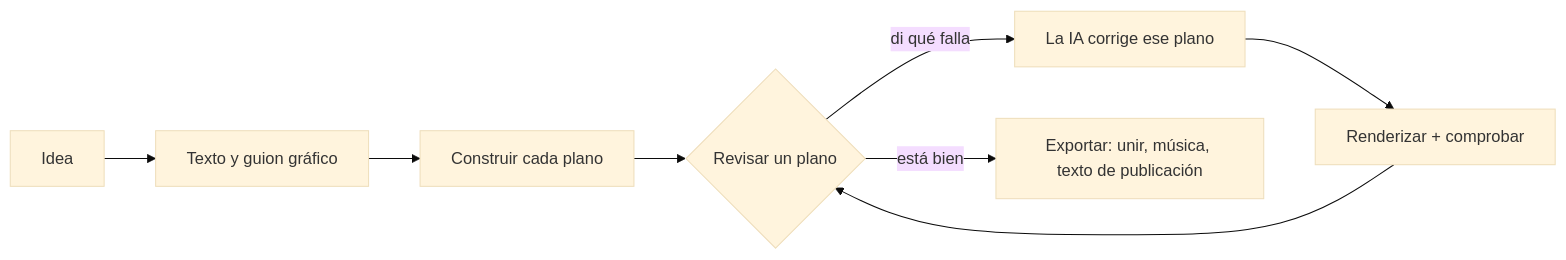
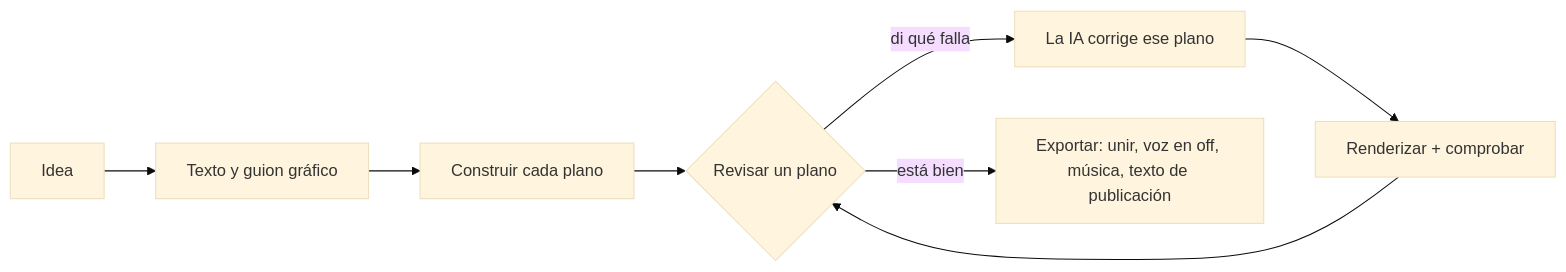
The diagram in README.es.md (chihyungchang/Shotloop), drawn with Mermaid (base theme) before and after one commit. The commit also changed other lines of this file and 161 other files, not shown here.

````diff
--- a/README.es.md
+++ b/README.es.md
@@ -109,8 +109,8 @@
 ```mermaid
 flowchart LR
   A[Idea] --> B[Texto y guion gráfico]
   B --> C[Construir cada plano]
   C --> D{Revisar un plano}
   D -- "di qué falla" --> E[La IA corrige ese plano] --> F[Renderizar + comprobar] --> D
-  D -- está bien --> G[Exportar: unir, música, texto de publicación]
+  D -- está bien --> G[Exportar: unir, voz en off, música, texto de publicación]
 ```
````
